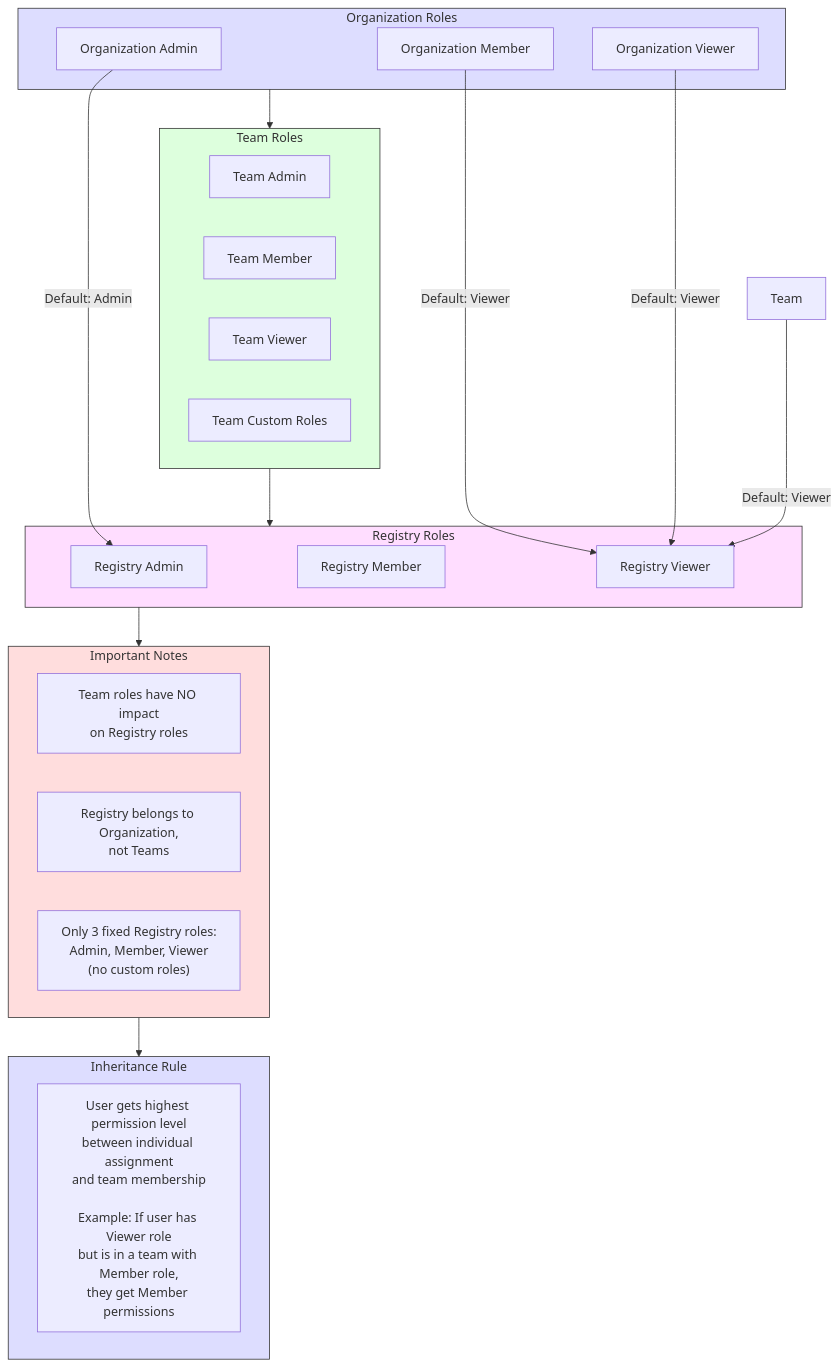
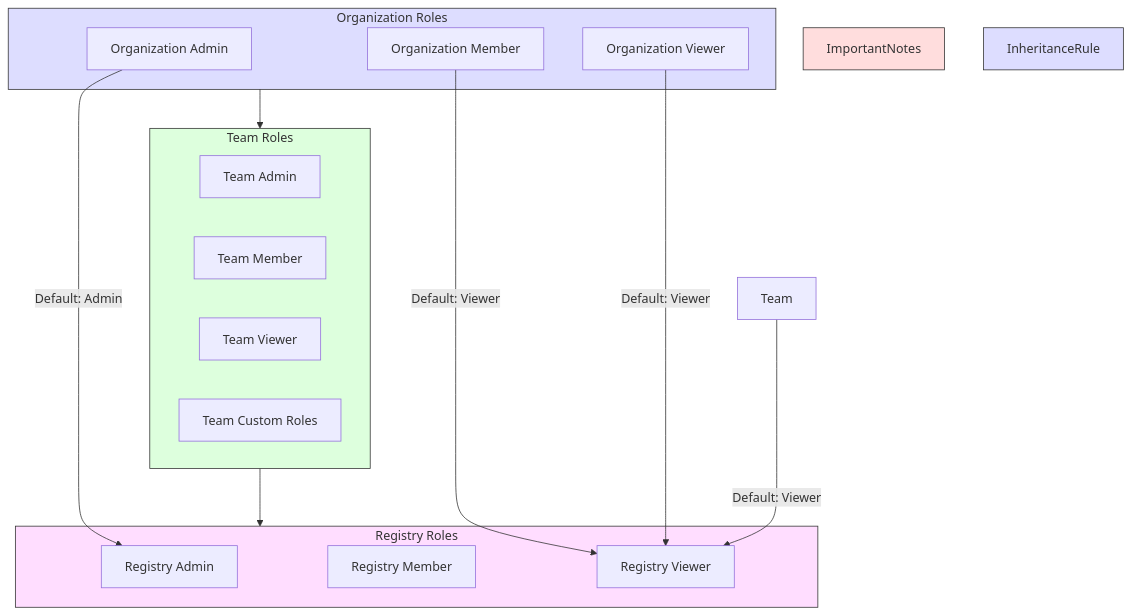
One commit to wandb/docs changed the diagram in content/guides/models/registry/configure_registry.md. Above: the diagram before and after it, drawn with Mermaid. The commit also changed other lines of this file, not shown here.

````diff
--- a/content/guides/models/registry/configure_registry.md
+++ b/content/guides/models/registry/configure_registry.md
@@ -16,55 +20,41 @@
 ```mermaid
 flowchart TD
     %% Stack all subgraphs vertically
     
     subgraph OrgRoles["Organization Roles"]
         OA["Organization Admin"]
         OM["Organization Member"]
         OV["Organization Viewer"]
     end
     
     OrgRoles --> TeamRoles
     
     subgraph TeamRoles["Team Roles"]
         TA["Team Admin"]
         TM["Team Member"]
         TV["Team Viewer"]
         TC["Team Custom Roles"]
     end
     
     TeamRoles --> RegRoles
     
     subgraph RegRoles["Registry Roles"]
         RA["Registry Admin"]
         RM["Registry Member"]
         RV["Registry Viewer"]
     end
     
-    RegRoles --> ImportantNotes
-    
-    subgraph ImportantNotes["Important Notes"]
-        Note1["Team roles have NO impact<br>on Registry roles"]
-        Note2["Registry belongs to Organization,<br>not Teams"]
-        Note3["Only 3 fixed Registry roles:<br>Admin, Member, Viewer<br>(no custom roles)"]
-    end
-    
-    ImportantNotes --> InheritanceRule
-    
-    subgraph InheritanceRule["Inheritance Rule"]
-        Inherit["User gets highest permission level<br>between individual assignment<br>and team membership<br><br>Example: If user has Viewer role<br>but is in a team with Member role,<br>they get Member permissions"]
-    end
-    
     %% Default role assignment connections
     OA -->|"Default: Admin"| RA
     OM -->|"Default: Viewer"| RV
     OV -->|"Default: Viewer"| RV
     
     %% Team assignment
     TeamNode["Team"] -->|"Default: Viewer"| RV
     
     style OrgRoles fill:#ddf,stroke:#333,stroke-width:1px
     style TeamRoles fill:#dfd,stroke:#333,stroke-width:1px
     style RegRoles fill:#fdf,stroke:#333,stroke-width:1px
     style ImportantNotes fill:#fdd,stroke:#333,stroke-width:1px
     style InheritanceRule fill:#ddf,stroke:#333,stroke-width:1px
 ```
````
